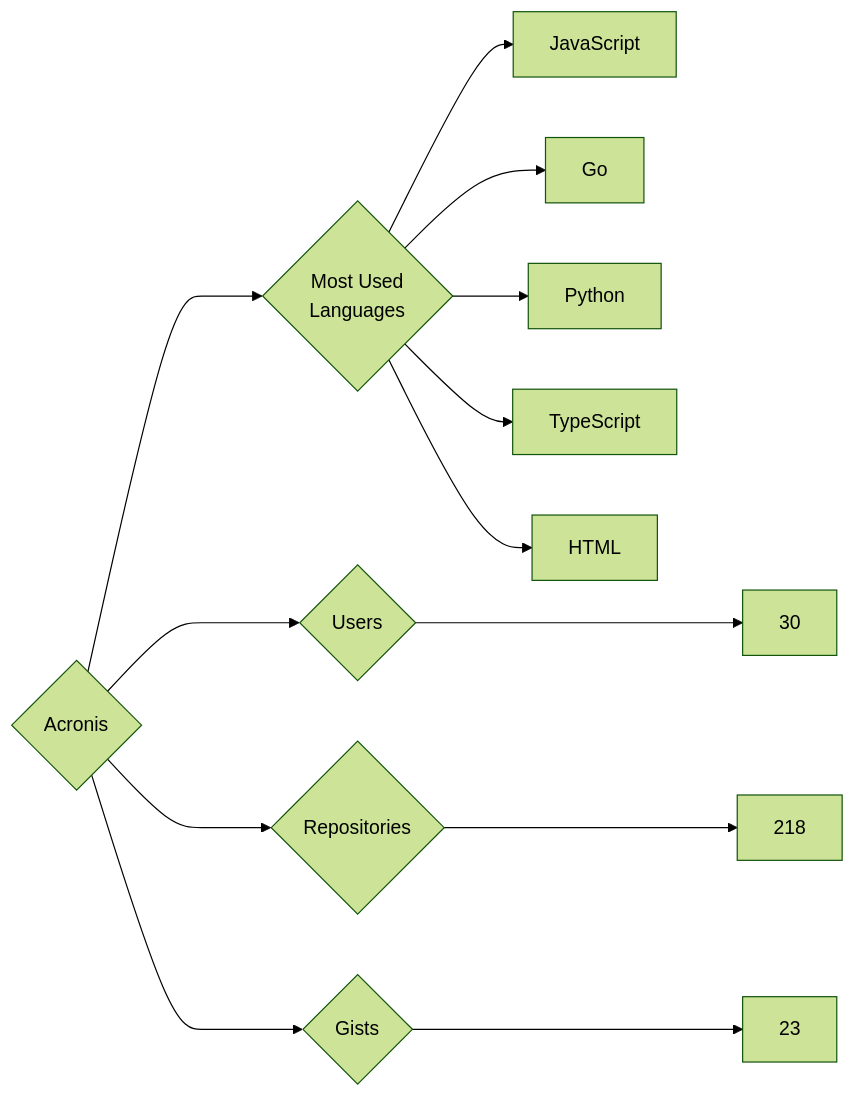
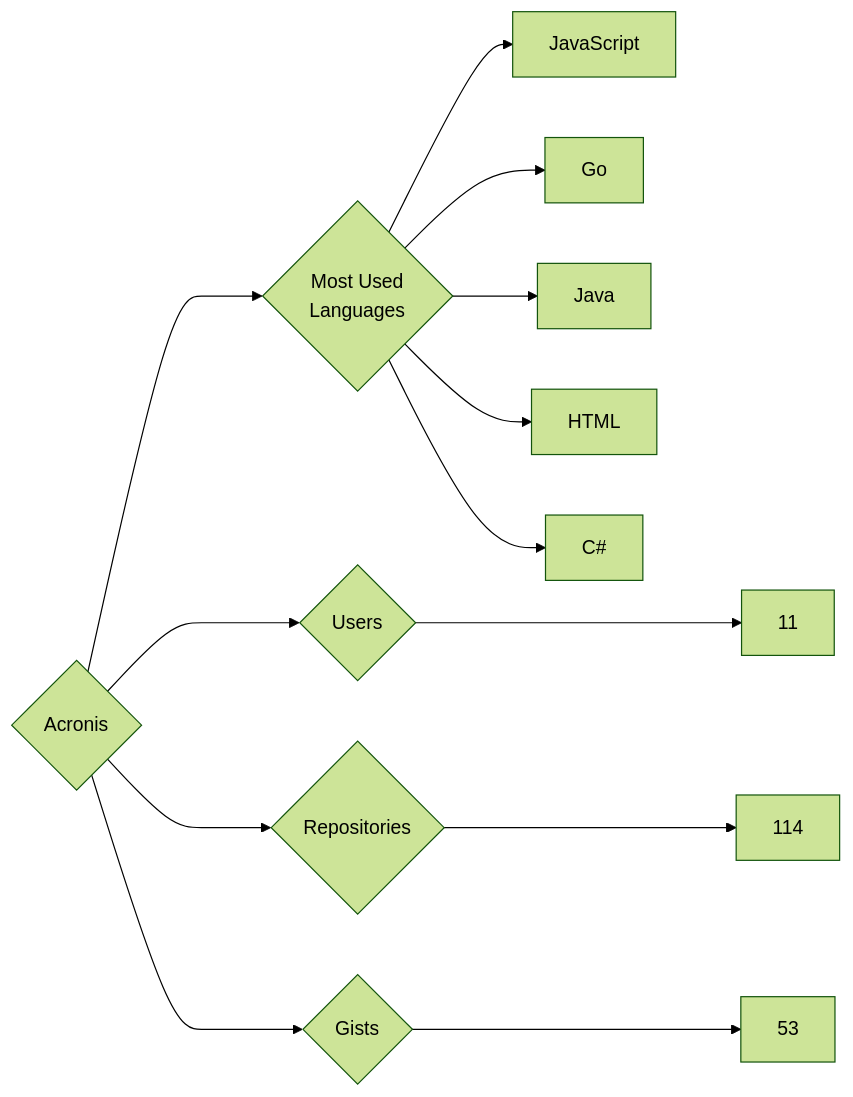
One commit to trickest/insiders changed the diagram in targets/Acronis/README.md. Above: the diagram before and after it, drawn with Mermaid (forest theme). The commit also changed 861 other files, not shown here.

````diff
--- a/targets/Acronis/README.md
+++ b/targets/Acronis/README.md
@@ -3,13 +3,13 @@
 ```mermaid
 graph LR
 COMPANY_NAME{Acronis}
-COMPANY_NAME ---> U{Users} ---> UN[30]
-COMPANY_NAME ---> R{Repositories} ---> RN[218]
-COMPANY_NAME ---> G{Gists} ---> GN[23]
+COMPANY_NAME ---> U{Users} ---> UN[11]
+COMPANY_NAME ---> R{Repositories} ---> RN[114]
+COMPANY_NAME ---> G{Gists} ---> GN[53]
 COMPANY_NAME ---> ML{Most Used<br>Languages}
 ML --> JavaScript[JavaScript]
 ML --> Go[Go]
-ML --> Python[Python]
-ML --> TypeScript[TypeScript]
+ML --> Java[Java]
 ML --> HTML[HTML]
+ML --> C#[C#]
 ```
````
